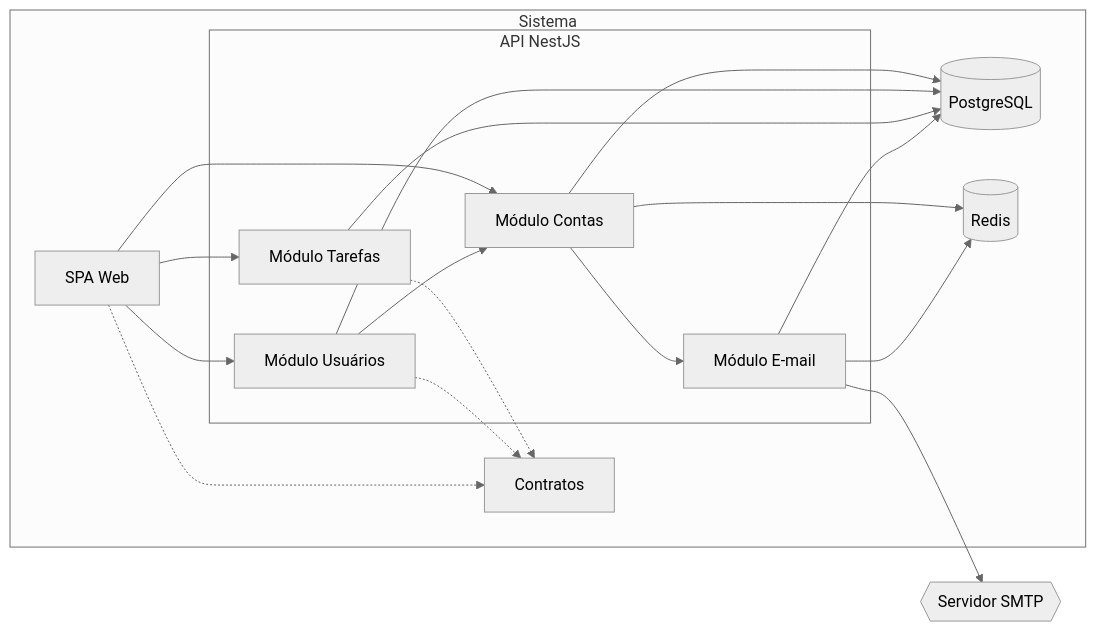
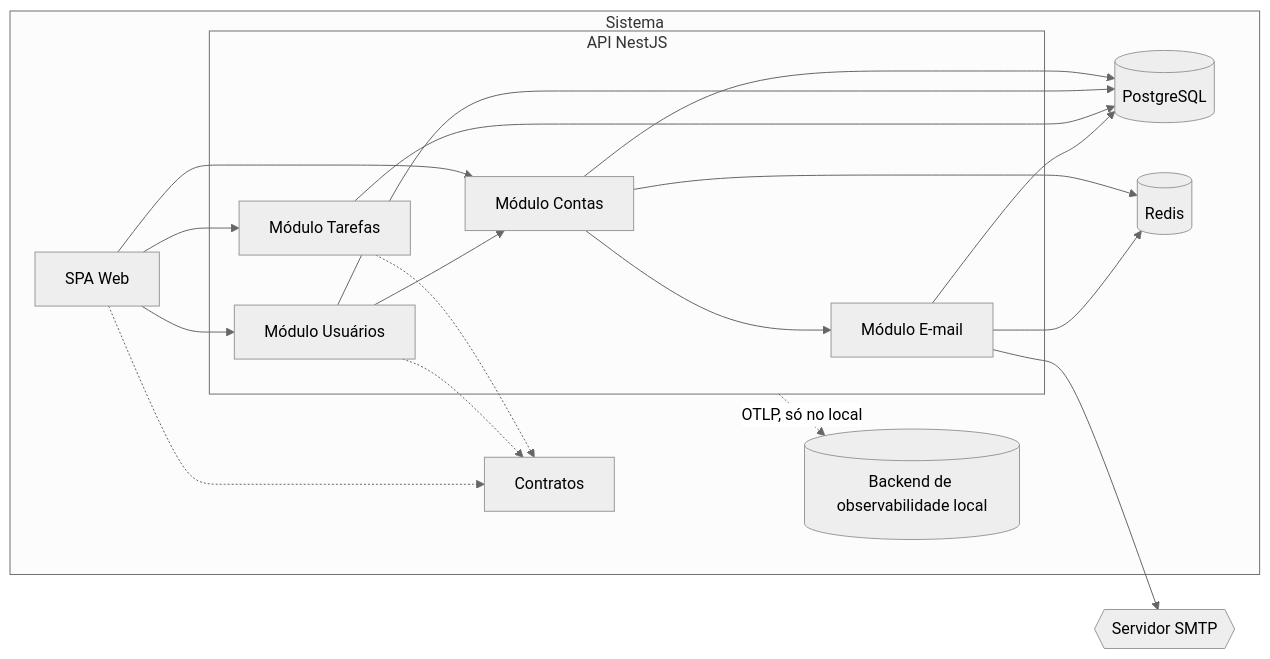
Before and after one commit to maiconsouza89/ai-template-harness-nestj-react-monorepo: the diagram in docs/architecture/hld.md, drawn with Mermaid (neutral theme). The commit also changed other lines of this file and 69 other files, not shown here.

````diff
--- a/docs/architecture/hld.md
+++ b/docs/architecture/hld.md
@@ -28,31 +28,33 @@
 ```mermaid
 graph LR
   subgraph Sistema
     WEB["SPA Web"]
     CTR["Contratos"]
-    subgraph API NestJS
+    subgraph APIN["API NestJS"]
       CONTAS["Módulo Contas"]
       USUARIOS["Módulo Usuários"]
       TAREFAS["Módulo Tarefas"]
       EMAIL["Módulo E-mail"]
     end
     PG[("PostgreSQL")]
     RDS[("Redis")]
+    OBS[("Backend de observabilidade local")]
   end
   SMTP{{"Servidor SMTP"}}
   WEB --> CONTAS
   WEB --> USUARIOS
   WEB --> TAREFAS
   WEB -.-> CTR
   TAREFAS -.-> CTR
   USUARIOS -.-> CTR
   CONTAS --> PG
   CONTAS --> RDS
   CONTAS --> EMAIL
   USUARIOS --> CONTAS
   USUARIOS --> PG
   TAREFAS --> PG
   EMAIL --> PG
   EMAIL --> RDS
   EMAIL --> SMTP
+  APIN -.->|OTLP, só no local| OBS
 ```
````
